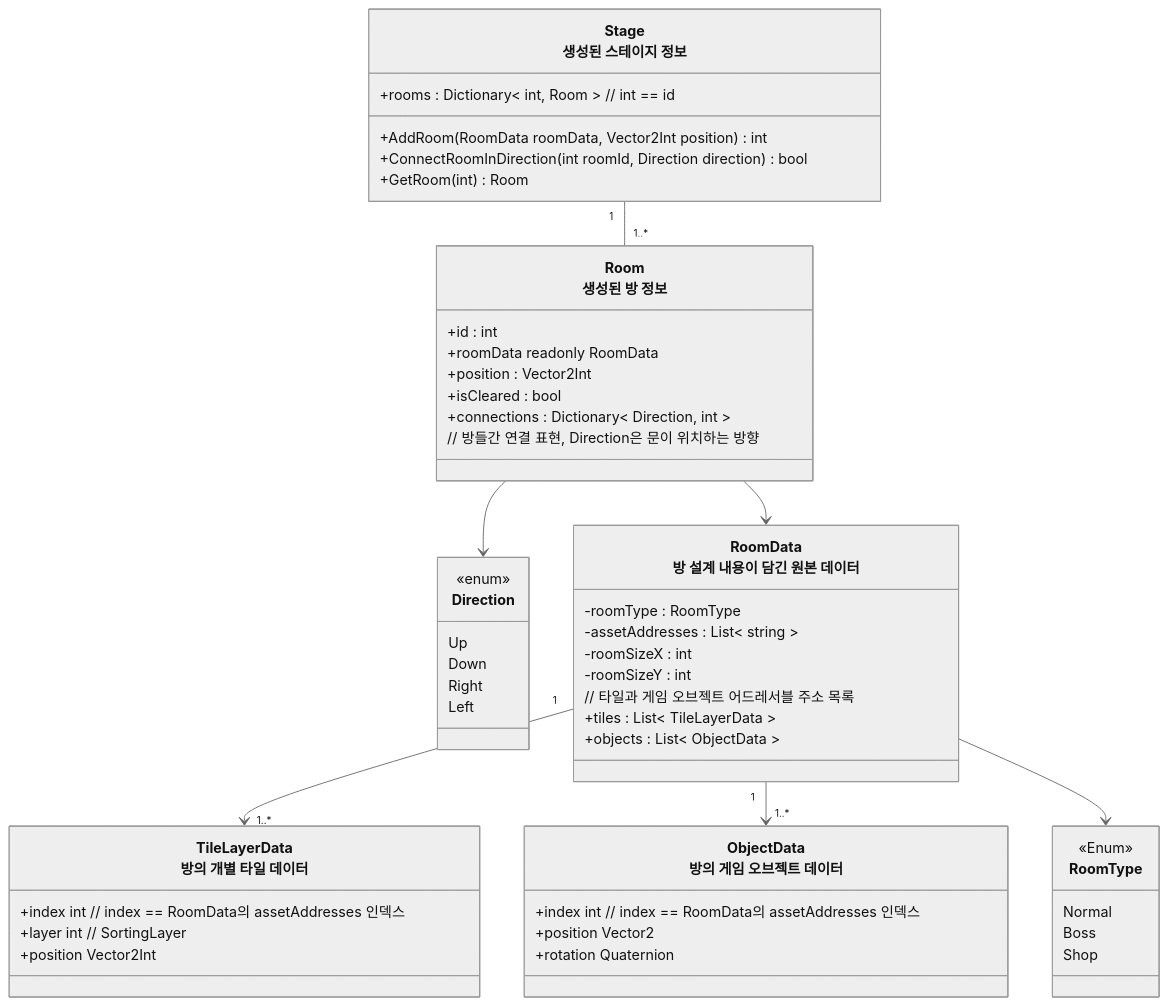
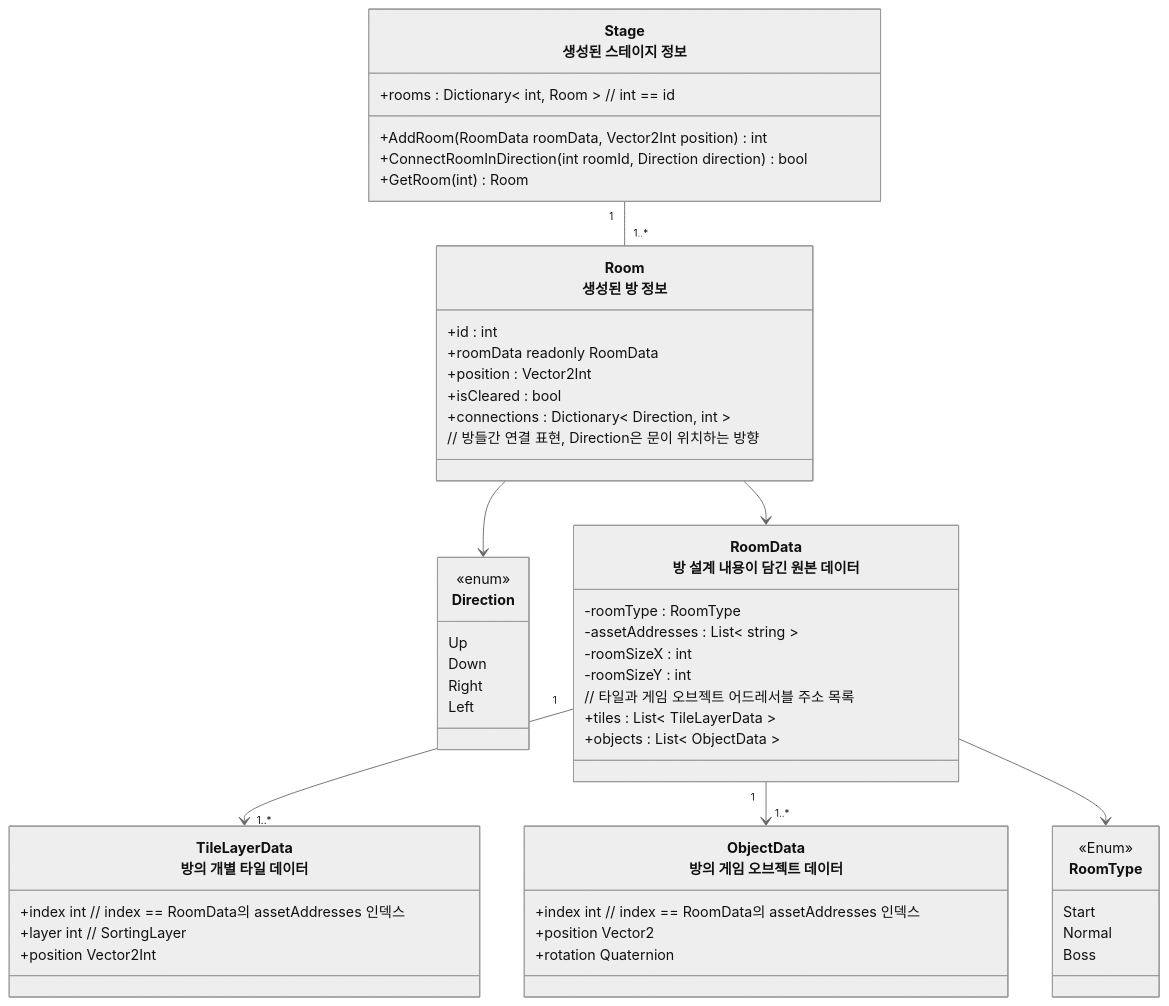
Before and after one commit to JIN5EOK/DungeonShooter: the first of 5 diagrams in README/스테이지_설계.md, drawn with Mermaid (neutral theme). The commit also changed other lines of this file and 3 other files, not shown here.

````diff
--- a/README/스테이지_설계.md
+++ b/README/스테이지_설계.md
@@ -13,63 +13,63 @@
 ```mermaid
 classDiagram
     class Direction {
         <<enum>>
         Up
         Down
         Right
         Left
     }
 
     class Stage["Stage<br>생성된 스테이지 정보"] {
         +rooms : Dictionary< int, Room > // int == id
         +AddRoom(RoomData roomData, Vector2Int position) int
         +ConnectRoomInDirection(int roomId, Direction direction) bool
         +GetRoom(int) Room
     }
 
     class Room["Room<br>생성된 방 정보"] {
         +id : int
         +roomData readonly RoomData 
         +position : Vector2Int
         +isCleared : bool
         +connections : Dictionary< Direction, int > 
         // 방들간 연결 표현, Direction은 문이 위치하는 방향
     }
 
     class RoomData["RoomData<br>방 설계 내용이 담긴 원본 데이터"] {
         -roomType : RoomType
         -assetAddresses : List< string >
         -roomSizeX : int
         -roomSizeY : int
         // 타일과 게임 오브젝트 어드레서블 주소 목록
         +tiles : List< TileLayerData >
         +objects : List< ObjectData >
     }
 
     class TileLayerData["TileLayerData<br>방의 개별 타일 데이터"]{
         +index int // index == RoomData의 assetAddresses 인덱스
         +layer int // SortingLayer
         +position Vector2Int
     }
 
     class ObjectData["ObjectData<br>방의 게임 오브젝트 데이터"]{
         +index int // index == RoomData의 assetAddresses 인덱스
         +position Vector2
         +rotation Quaternion
     }
 
     class RoomType{
         <<Enum>>
+        Start
         Normal
         Boss
-        Shop
     }
 
 
     Room --> Direction
     Stage "1" -- "1..*" Room
     Room --> RoomData
     RoomData "1"-->"1..*" TileLayerData
     RoomData "1"-->"1..*" ObjectData
     RoomData --> RoomType
 ```
````
